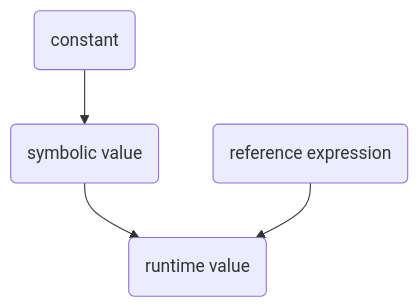
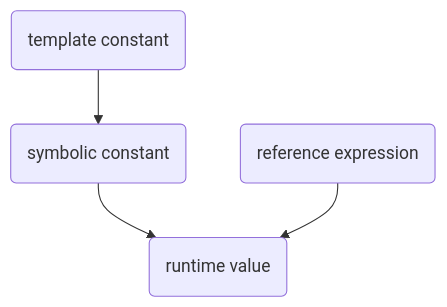
One commit to carbon-language/carbon-lang changed the diagram in docs/design/README.md. Above: the diagram before and after it, drawn with Mermaid. The commit also changed other lines of this file and 3 other files, not shown here.

````diff
--- a/docs/design/README.md
+++ b/docs/design/README.md
@@ -713,5 +716,5 @@
 ```mermaid
 graph TD;
-    A(constant)-->B(symbolic value)-->C(runtime value);
+    A(template constant)-->B(symbolic constant)-->C(runtime value);
     D(reference expression)-->C;
 ```
````
